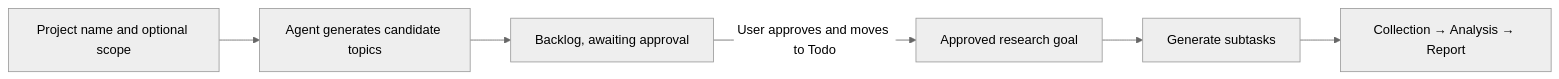
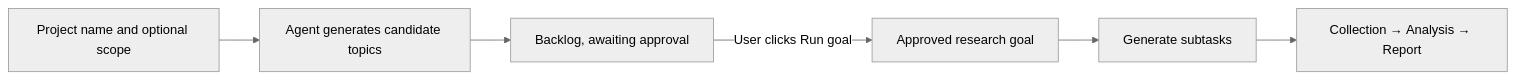
The diagram in USER_GUIDE.md (KrabsWong/what-the-hell-are-you-planning), drawn with Mermaid (neutral theme) before and after one commit. The commit also changed other lines of this file and 128 other files, not shown here.

First line of the commit message:
Simplify research task surfaces and approval flow

````diff
--- a/USER_GUIDE.md
+++ b/USER_GUIDE.md
@@ -106,8 +106,8 @@
 ```mermaid
 flowchart LR
   P[Project name and optional scope] --> A[Agent generates candidate topics]
   A --> B[Backlog, awaiting approval]
-  B -->|User approves and moves to Todo| T[Approved research goal]
+  B -->|User clicks Run goal| T[Approved research goal]
   T --> G[Generate subtasks]
   G --> C[Collection → Analysis → Report]
 ```
````
